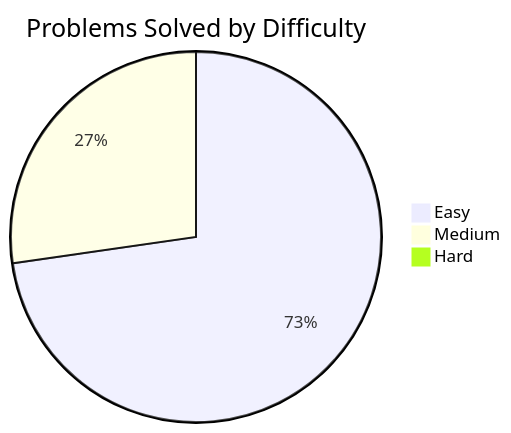
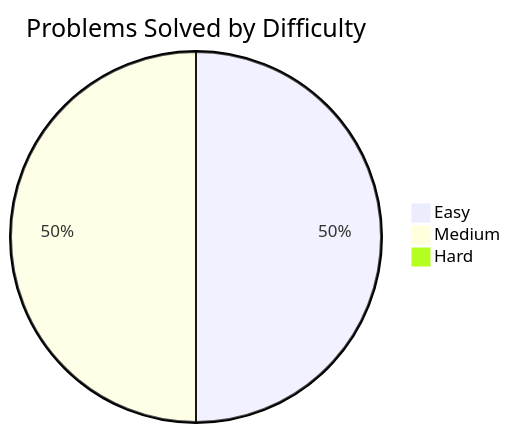
One commit to xiaotwu/LeetPy changed the diagram in README.md. Above: the diagram before and after it, drawn with Mermaid. The commit also changed other lines of this file and 9 other files, not shown here.

Commit message:
Update README and add new solutions for easy and medium problems.

````diff
--- a/README.md
+++ b/README.md
@@ -23,6 +23,6 @@
 ```mermaid
 pie title Problems Solved by Difficulty
-    "Easy" : 8
-    "Medium" : 3
+    "Easy" : 9
+    "Medium" : 9
     "Hard" : 0
 ```
````
